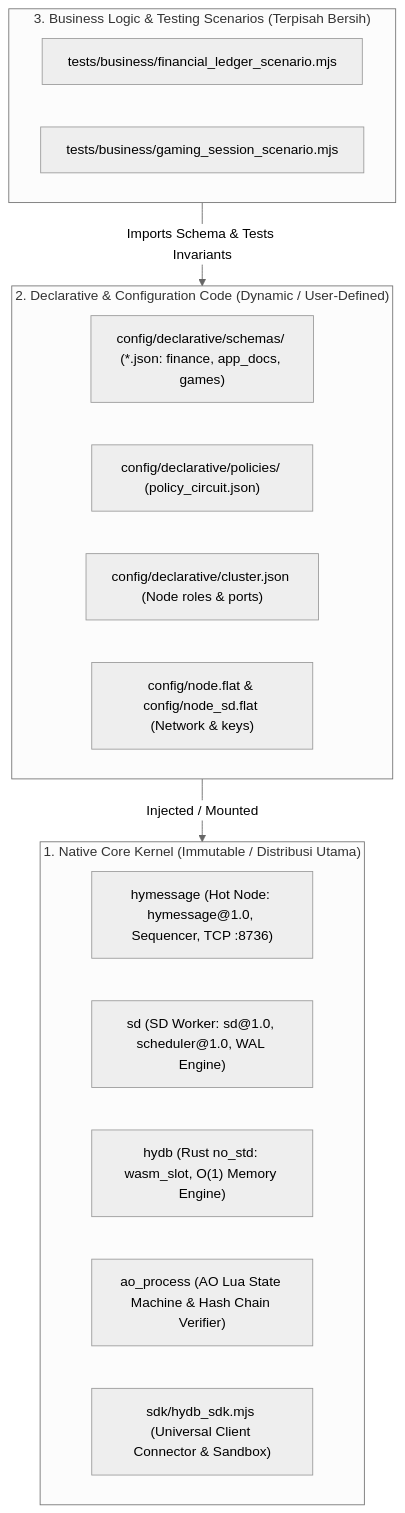
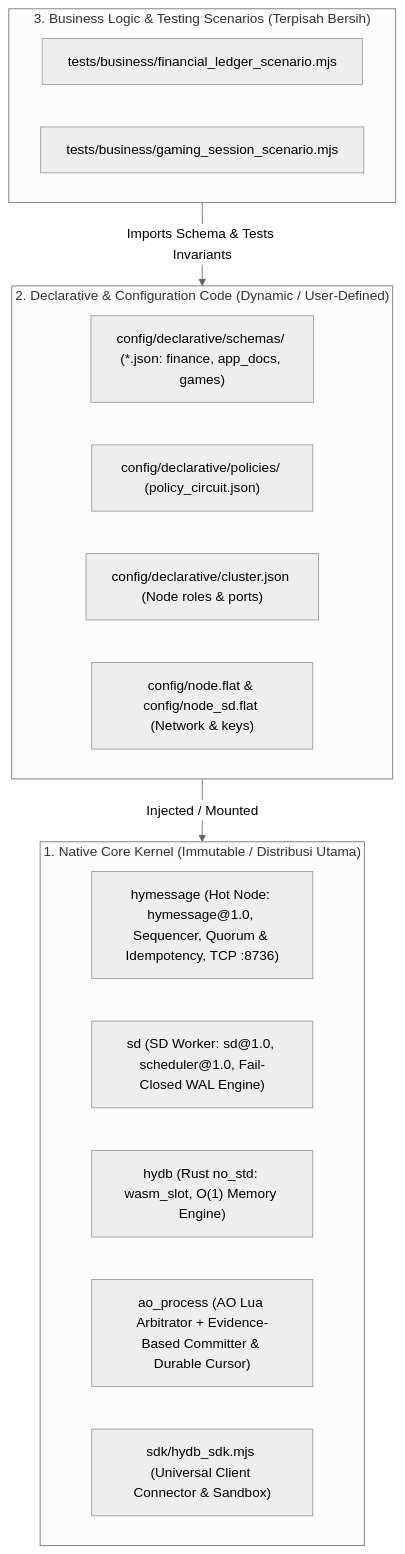
Before and after one commit to Wesslurr/database-stack-on-permaweb: the first of 2 diagrams in README.md, drawn with Mermaid (neutral theme). The commit also changed other lines of this file and 4 other files, not shown here.

````diff
--- a/README.md
+++ b/README.md
@@ -25,25 +25,25 @@
 ```mermaid
 flowchart TD
     subgraph NativeCore ["1. Native Core Kernel (Immutable / Distribusi Utama)"]
-        HymessageKernel["hymessage (Hot Node: hymessage@1.0, Sequencer, TCP :8736)"]
-        SDKernel["sd (SD Worker: sd@1.0, scheduler@1.0, WAL Engine)"]
+        HymessageKernel["hymessage (Hot Node: hymessage@1.0, Sequencer, Quorum & Idempotency, TCP :8736)"]
+        SDKernel["sd (SD Worker: sd@1.0, scheduler@1.0, Fail-Closed WAL Engine)"]
         RustWasm["hydb (Rust no_std: wasm_slot, O(1) Memory Engine)"]
-        AoArbitrator["ao_process (AO Lua State Machine & Hash Chain Verifier)"]
+        AoArbitrator["ao_process (AO Lua Arbitrator + Evidence-Based Committer & Durable Cursor)"]
         SdkClient["sdk/hydb_sdk.mjs (Universal Client Connector & Sandbox)"]
     end
 
     subgraph DeclarativeConfig ["2. Declarative & Configuration Code (Dynamic / User-Defined)"]
         Schemas["config/declarative/schemas/ (*.json: finance, app_docs, games)"]
         Policies["config/declarative/policies/ (policy_circuit.json)"]
         ClusterManifest["config/declarative/cluster.json (Node roles & ports)"]
         NodeFlat["config/node.flat & config/node_sd.flat (Network & keys)"]
     end
 
     subgraph BusinessScenarios ["3. Business Logic & Testing Scenarios (Terpisah Bersih)"]
         LedgerTest["tests/business/financial_ledger_scenario.mjs"]
         GamingTest["tests/business/gaming_session_scenario.mjs"]
     end
 
     DeclarativeConfig -->|"Injected / Mounted"| NativeCore
     BusinessScenarios -->|"Imports Schema & Tests Invariants"| DeclarativeConfig
 ```
````
